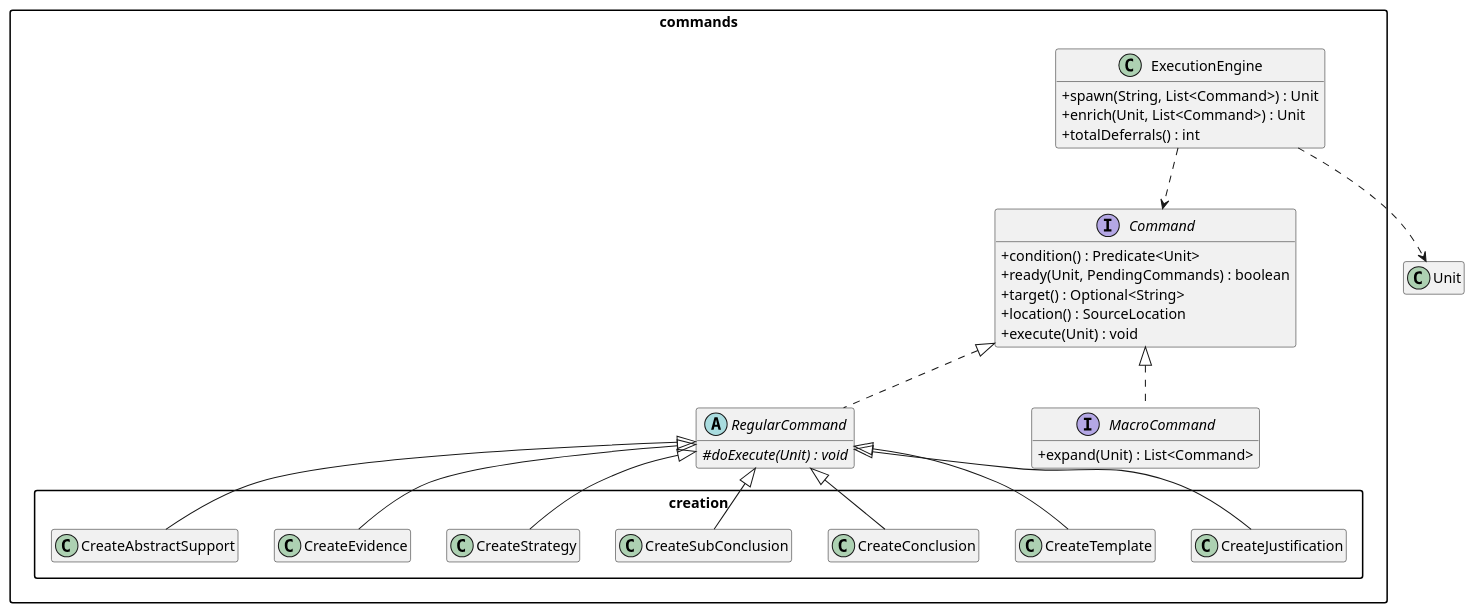
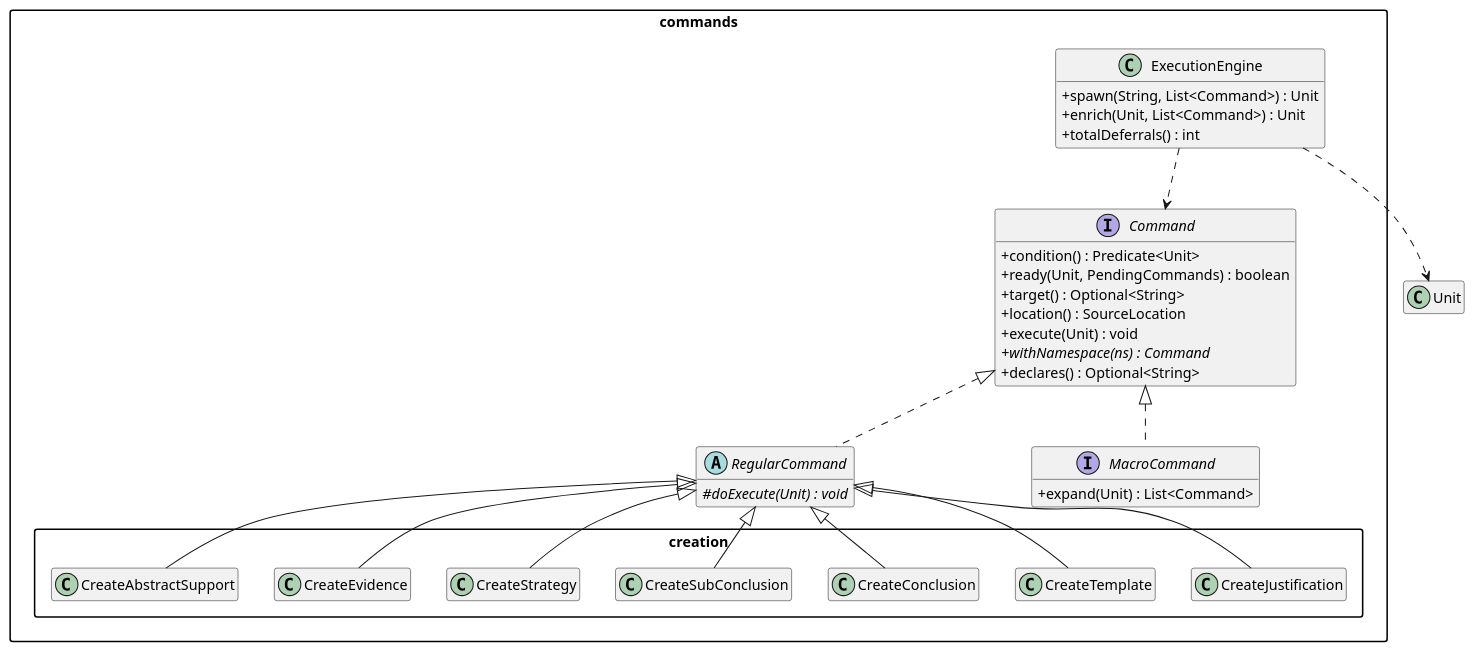
The second of 3 diagrams in docs/design/model.md (jpipe-mcscert/jpipe-compiler), drawn with PlantUML before and after one commit. The commit also changed 25 other files, not shown here.

````diff
--- a/docs/design/model.md
+++ b/docs/design/model.md
@@ -169,60 +169,62 @@
 ```plantuml
 @startuml commands
 
 skinparam packageStyle rectangle
 skinparam classAttributeIconSize 0
 hide empty members
 
 ' Stub
 class Unit
 
 package "commands" {
 
   interface Command {
     + condition() : Predicate<Unit>
     + ready(Unit, PendingCommands) : boolean
     + target() : Optional<String>
     + location() : SourceLocation
     + execute(Unit) : void
+    + {abstract} withNamespace(ns) : Command
+    + declares() : Optional<String>
   }
 
   abstract class RegularCommand {
     # {abstract} doExecute(Unit) : void
   }
 
   interface MacroCommand {
     + expand(Unit) : List<Command>
   }
 
   class ExecutionEngine {
     + spawn(String, List<Command>) : Unit
     + enrich(Unit, List<Command>) : Unit
     + totalDeferrals() : int
   }
 
   Command <|.. RegularCommand
   Command <|.. MacroCommand
   ExecutionEngine ..> Command
   ExecutionEngine ..> Unit
 }
 
 package "commands.creation" {
   class CreateJustification
   class CreateTemplate
   class CreateConclusion
   class CreateSubConclusion
   class CreateStrategy
   class CreateEvidence
   class CreateAbstractSupport
 
   RegularCommand <|-- CreateJustification
   RegularCommand <|-- CreateTemplate
   RegularCommand <|-- CreateConclusion
   RegularCommand <|-- CreateSubConclusion
   RegularCommand <|-- CreateStrategy
   RegularCommand <|-- CreateEvidence
   RegularCommand <|-- CreateAbstractSupport
 }
 
 @enduml
 ```
````
